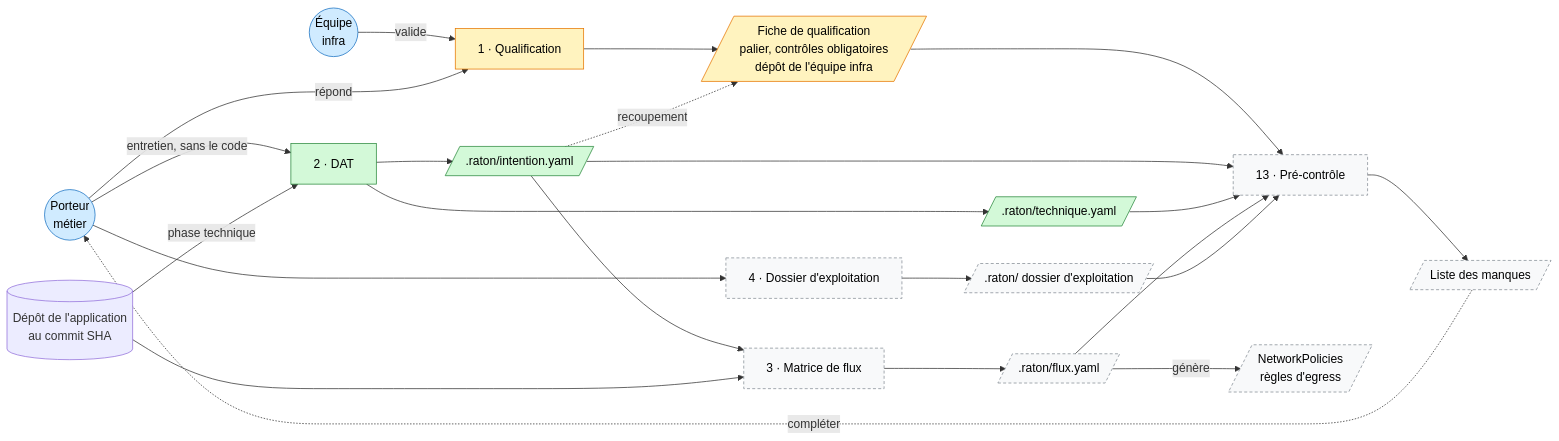
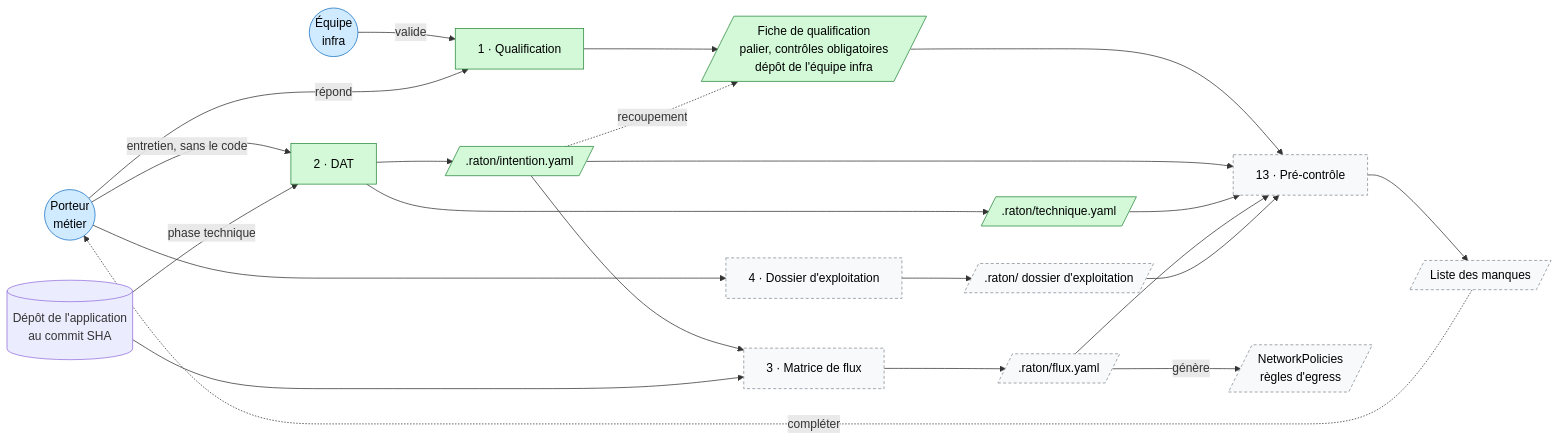
One commit to Jul0ow/Raton changed the third of 5 diagrams in docs/architecture.md. Above: the diagram before and after it, drawn with Mermaid. The commit also changed other lines of this file and 2 other files, not shown here.

````diff
--- a/docs/architecture.md
+++ b/docs/architecture.md
@@ -106,51 +106,50 @@
 ```mermaid
 flowchart LR
   M(("Porteur<br/>métier"))
   E(("Équipe<br/>infra"))
   CODE[("Dépôt de l'application<br/>au commit SHA")]
 
   Q["1 · Qualification"]
   DAT["2 · DAT"]
   EXP["4 · Dossier d'exploitation"]
   MF["3 · Matrice de flux"]
   PC["13 · Pré-contrôle"]
 
   QF[/"Fiche de qualification<br/>palier, contrôles obligatoires<br/>dépôt de l'équipe infra"/]
   INT[/".raton/intention.yaml"/]
   TEC[/".raton/technique.yaml"/]
   EXF[/".raton/ dossier d'exploitation"/]
   FLX[/".raton/flux.yaml"/]
   NP[/"NetworkPolicies<br/>règles d'egress"/]
   MQ[/"Liste des manques"/]
 
   E -->|"valide"| Q
   M -->|"répond"| Q
   M -->|"entretien, sans le code"| DAT
   CODE -->|"phase technique"| DAT
   M --> EXP
   Q --> QF
   DAT --> INT
   DAT --> TEC
   INT -.->|"recoupement"| QF
   EXP --> EXF
   INT --> MF
   CODE --> MF
   MF --> FLX
   FLX -->|"génère"| NP
   QF --> PC
   INT --> PC
   TEC --> PC
   FLX --> PC
   EXF --> PC
   PC --> MQ
   MQ -.->|"compléter"| M
 
   classDef humain fill:#d0ebff,stroke:#1971c2,color:#000
   classDef fait fill:#d3f9d8,stroke:#2b8a3e,color:#000
   classDef propose fill:#fff3bf,stroke:#e67700,color:#000
   classDef afaire fill:#f8f9fa,stroke:#868e96,color:#000,stroke-dasharray:4 3
   class M,E humain
-  class DAT,INT,TEC fait
-  class Q,QF propose
+  class Q,QF,DAT,INT,TEC fait
   class MF,EXP,PC,FLX,EXF,NP,MQ afaire
 ```
````
